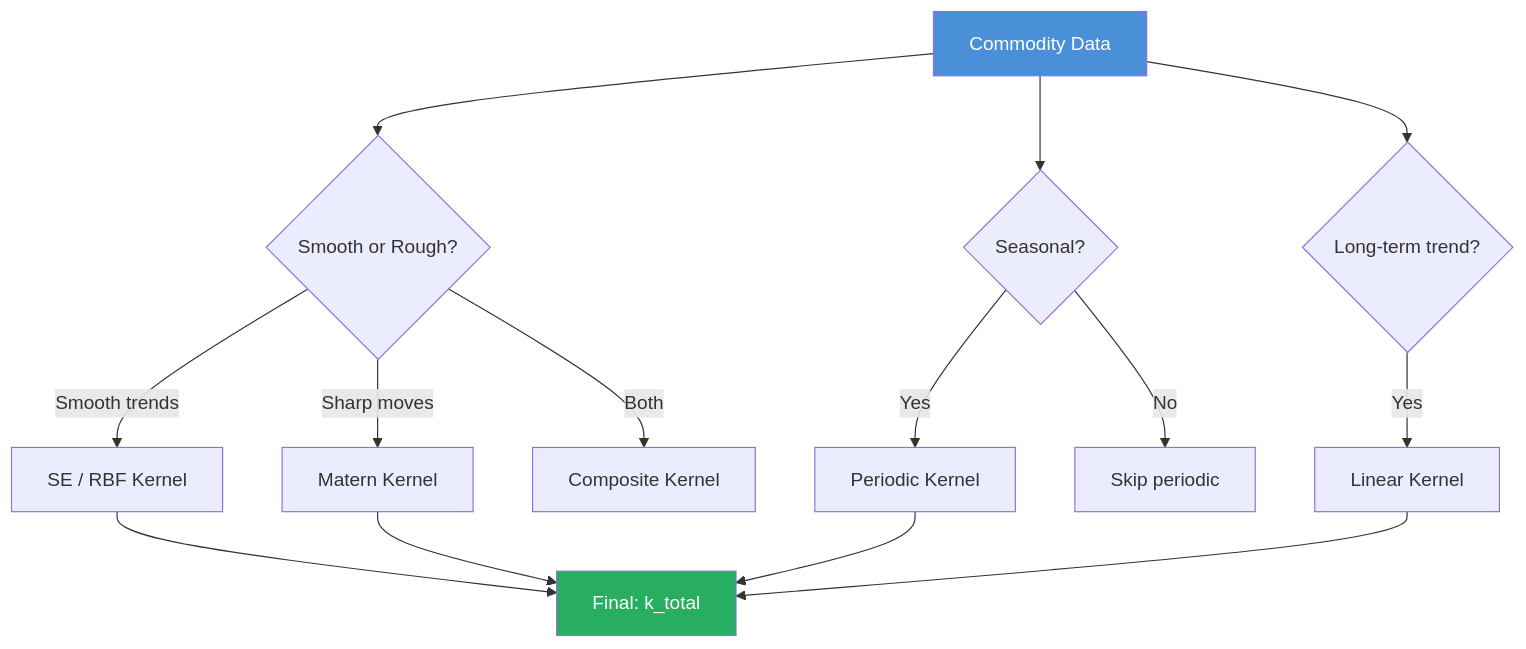
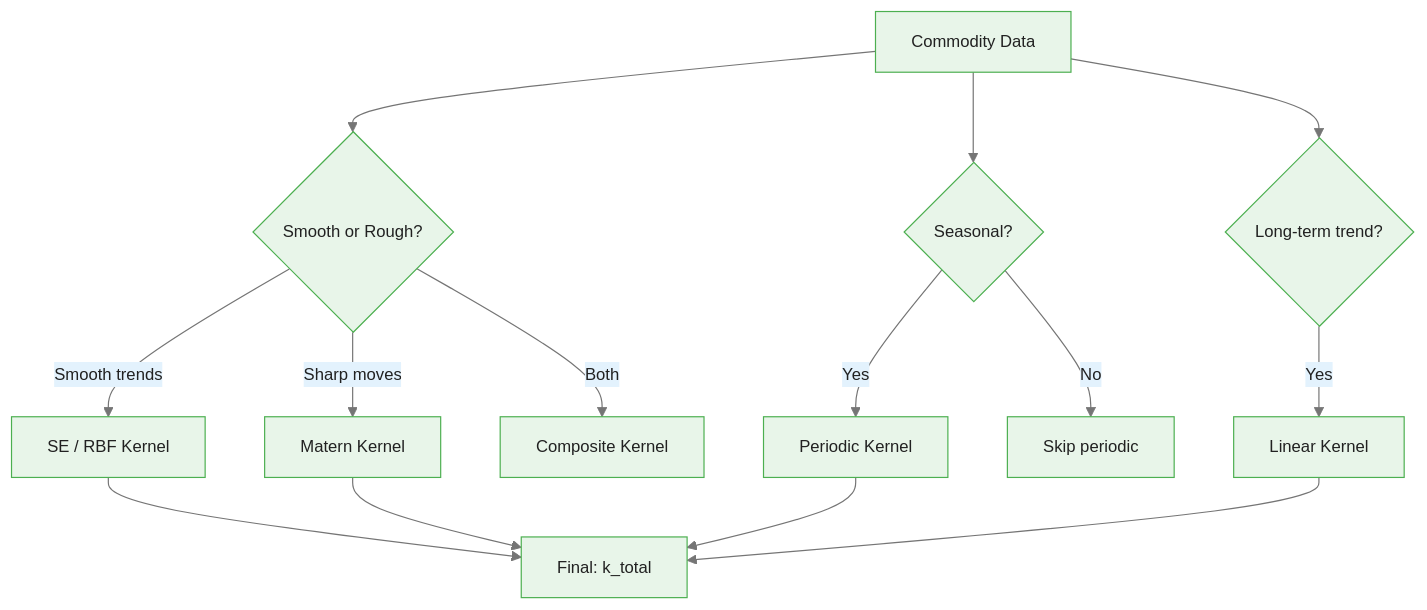
One commit to m-deane/course-creator changed the first of 6 diagrams in courses/bayesian-commodity-forecasting/modules/module_05_gaussian_processes/guides/02_kernel_design_slides.md. Above: the diagram before and after it, drawn with Mermaid. The commit also changed other lines of this file and 104 other files, not shown here.

````diff
--- a/courses/bayesian-commodity-forecasting/modules/module_05_gaussian_processes/guides/02_kernel_design_slides.md
+++ b/courses/bayesian-commodity-forecasting/modules/module_05_gaussian_processes/guides/02_kernel_design_slides.md
@@ -41,18 +49,17 @@
 ```mermaid
+%%{init: {"theme": "base", "themeVariables": {"primaryColor": "#e8f5e9", "primaryBorderColor": "#4caf50", "primaryTextColor": "#212121", "secondaryColor": "#e3f2fd", "tertiaryColor": "#fff8e1", "lineColor": "#757575", "fontFamily": "Inter, sans-serif", "fontSize": "14px"}}}%%
 flowchart TD
     DATA["Commodity Data"] --> Q1{"Smooth or Rough?"}
     Q1 -->|"Smooth trends"| SE["SE / RBF Kernel"]
     Q1 -->|"Sharp moves"| MAT["Matern Kernel"]
     Q1 -->|"Both"| COMBO["Composite Kernel"]
     DATA --> Q2{"Seasonal?"}
     Q2 -->|"Yes"| PER["Periodic Kernel"]
     Q2 -->|"No"| SKIP["Skip periodic"]
     DATA --> Q3{"Long-term trend?"}
     Q3 -->|"Yes"| LIN["Linear Kernel"]
     SE --> FINAL["Final: k_total"]
     MAT --> FINAL
     PER --> FINAL
     LIN --> FINAL
-    style FINAL fill:#27ae60,color:#fff
-    style DATA fill:#4a90d9,color:#fff
 ```
````
